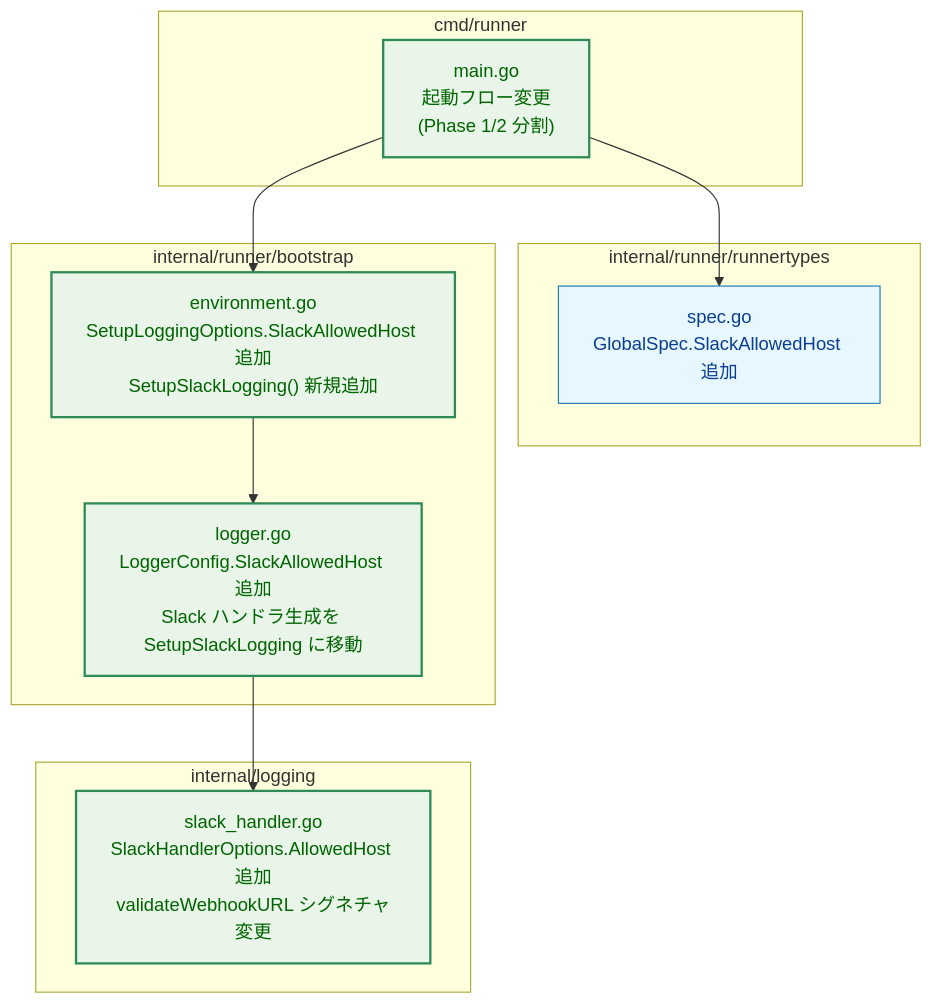
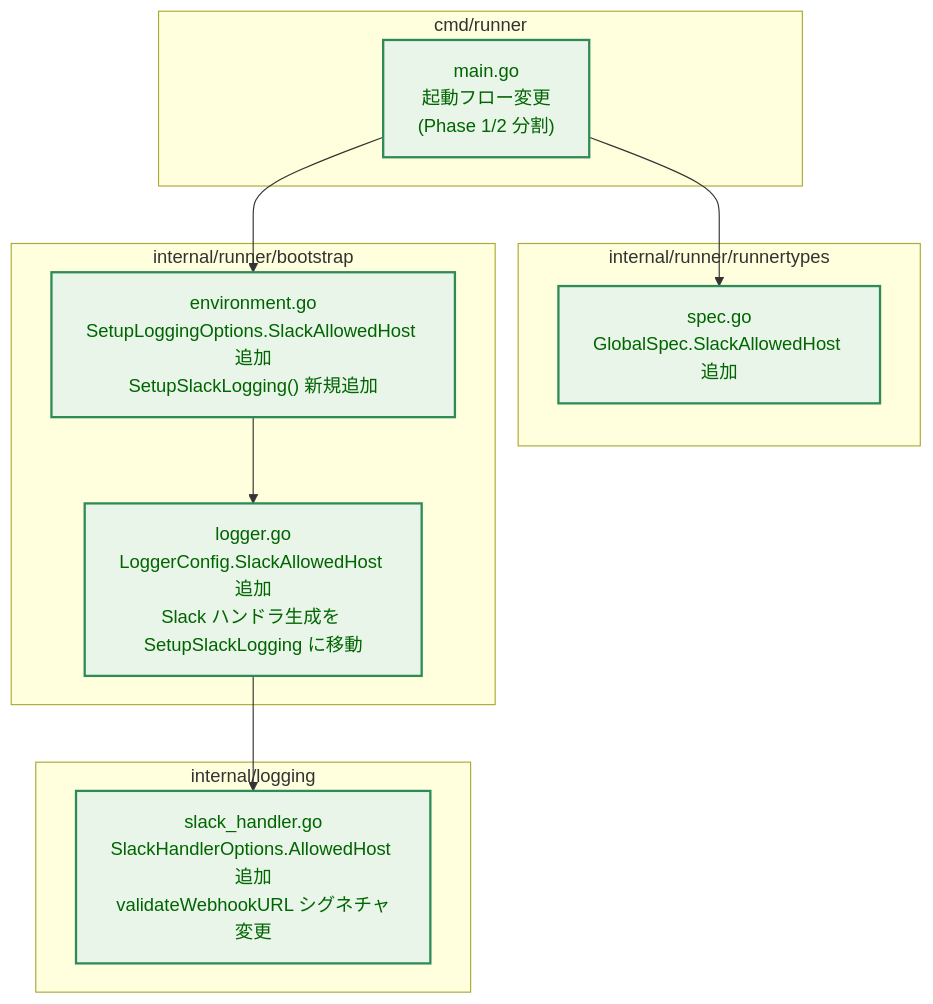
One commit to isseis/go-safe-cmd-runner changed the fourth of 9 diagrams in docs/tasks/0091_slack_webhook_allowlist/02_architecture.md. Above: the diagram before and after it, drawn with Mermaid. The commit also changed 1 other file, not shown here.

Commit message:
doc(task0091): Fix shape class in a mermaid diagram

````diff
--- a/docs/tasks/0091_slack_webhook_allowlist/02_architecture.md
+++ b/docs/tasks/0091_slack_webhook_allowlist/02_architecture.md
@@ -94,31 +94,30 @@
 ```mermaid
 graph TB
     classDef data fill:#e6f7ff,stroke:#1f77b4,stroke-width:1px,color:#0b3d91;
     classDef process fill:#fff1e6,stroke:#ff7f0e,stroke-width:1px,color:#8a3e00;
     classDef enhanced fill:#e8f5e8,stroke:#2e8b57,stroke-width:2px,color:#006400;
 
     subgraph "cmd/runner"
         MAIN["main.go<br>起動フロー変更<br>(Phase 1/2 分割)"]
     end
 
     subgraph "internal/runner/runnertypes"
         SPEC["spec.go<br>GlobalSpec.SlackAllowedHost 追加"]
     end
 
     subgraph "internal/runner/bootstrap"
         ENV["environment.go<br>SetupLoggingOptions.SlackAllowedHost 追加<br>SetupSlackLogging() 新規追加"]
         LOG["logger.go<br>LoggerConfig.SlackAllowedHost 追加<br>Slack ハンドラ生成を SetupSlackLogging に移動"]
     end
 
     subgraph "internal/logging"
         SH["slack_handler.go<br>SlackHandlerOptions.AllowedHost 追加<br>validateWebhookURL シグネチャ変更"]
     end
 
     MAIN --> ENV
     MAIN --> SPEC
     ENV --> LOG
     LOG --> SH
 
-    class SPEC data;
-    class MAIN,ENV,LOG,SH enhanced;
+    class MAIN,SPEC,ENV,LOG,SH enhanced;
 ```
````
